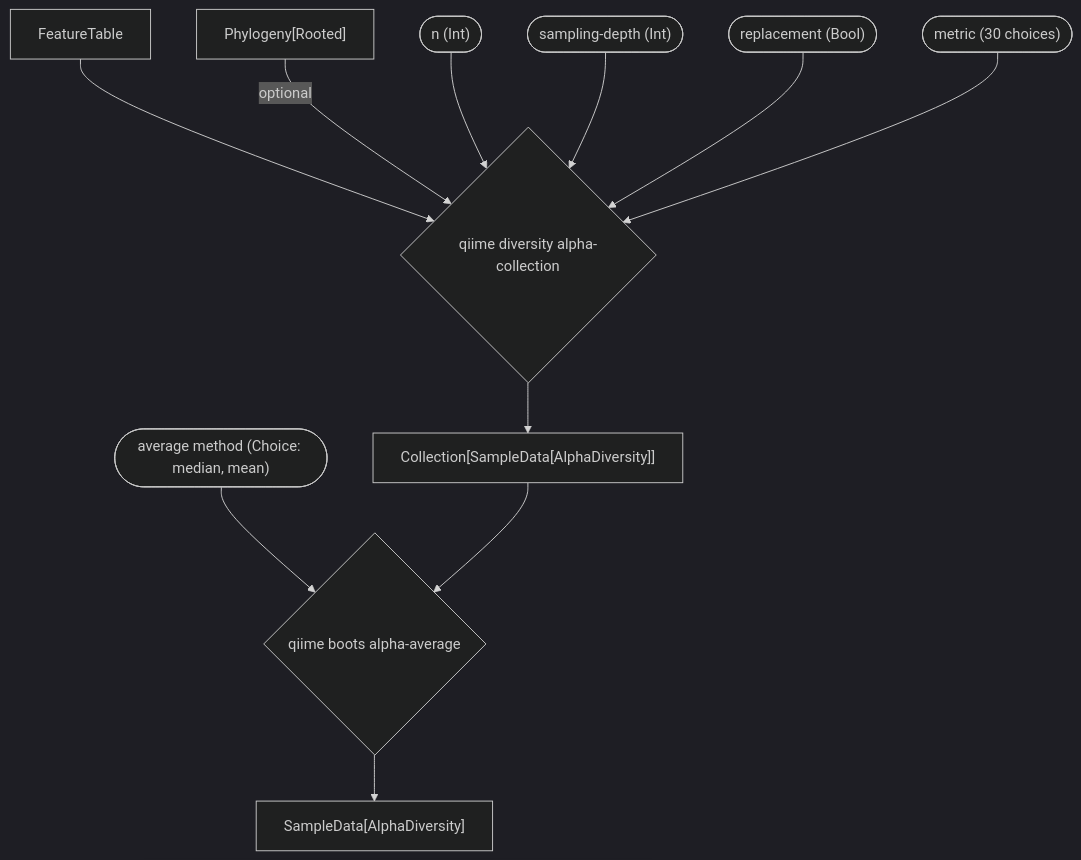
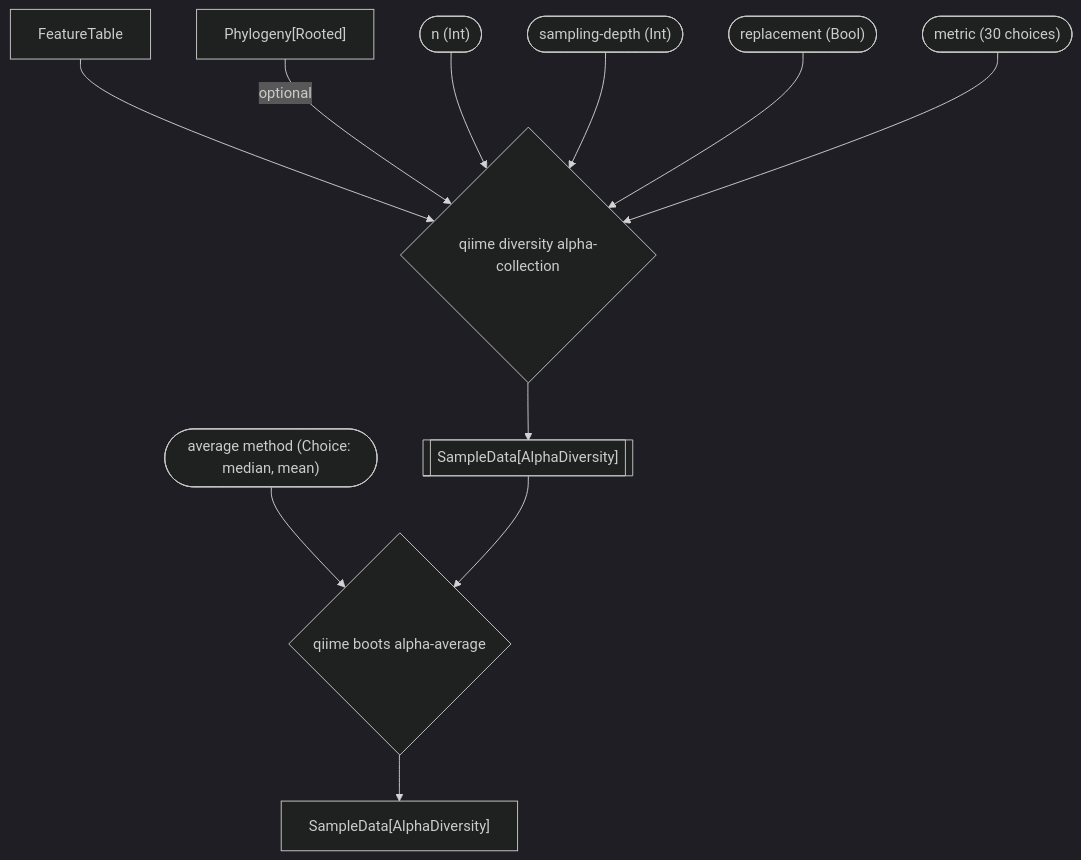
One commit to caporaso-lab/q2-boots-book changed the second of 4 diagrams in book/images/pipeline-chart.md. Above: the diagram before and after it, drawn with Mermaid (dark theme). The commit also changed other lines of this file, not shown here.

Commit message:
DOC: figure prep for first pre-print submission

````diff
--- a/book/images/pipeline-chart.md
+++ b/book/images/pipeline-chart.md
@@ -15,15 +15,15 @@
 ```mermaid
 flowchart TD
 
     feature-table["FeatureTable"] --> alpha-collection
     phylogeny["Phylogeny[Rooted]"] -- optional --> alpha-collection
     n(["n (Int)"]) --> alpha-collection
     sampling-depth(["sampling-depth (Int)"]) --> alpha-collection
     replacement(["replacement (Bool)"]) --> alpha-collection
     alpha-metric(["metric (30 choices)"]) --> alpha-collection
-    alpha-collection{qiime diversity alpha-collection} --> sd-collection
+    alpha-collection{qiime diversity alpha-collection} --> alpha-diversity-collection
     average-method(["average method (Choice: median, mean)"]) --> alpha-average
-    sd-collection["Collection[SampleData[AlphaDiversity]]"] -->
-    alpha-average{qiime boots alpha-average} -->
-    sample-data["SampleData[AlphaDiversity]"]
+    alpha-diversity-collection[["SampleData[AlphaDiversity]"]] --> alpha-average
+    alpha-average{qiime boots alpha-average} --> alpha-diversity
+    alpha-diversity["SampleData[AlphaDiversity]"]
 ```
````
